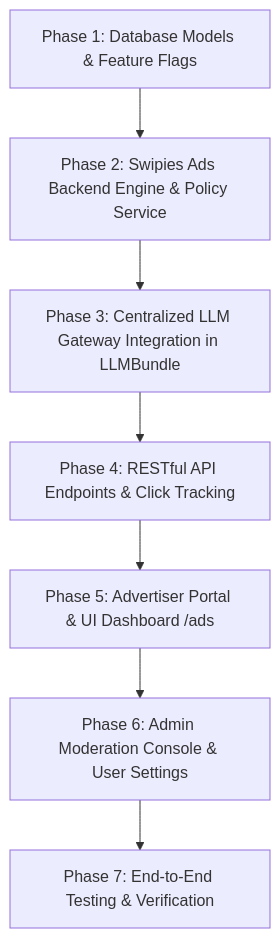
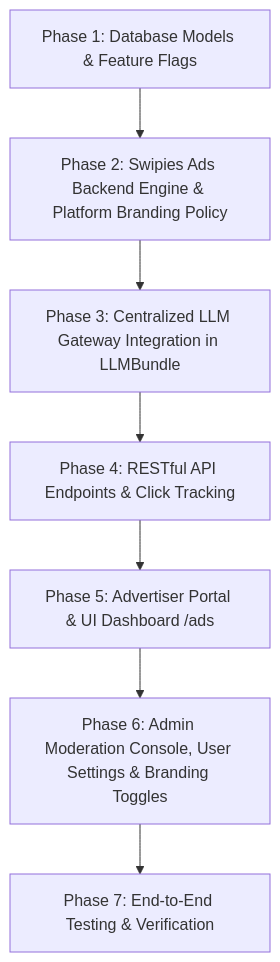
One commit to Sardorr555/swipies__ai_ changed the diagram in specs/002-subscription-ad-prompt-management/plan.md. Above: the diagram before and after it, drawn with Mermaid. The commit also changed other lines of this file and 1 other file, not shown here.

Commit message:
docs(spec & plan): add Swipies platform attribution and white-label subscription perk roadmap

````diff
--- a/specs/002-subscription-ad-prompt-management/plan.md
+++ b/specs/002-subscription-ad-prompt-management/plan.md
@@ -43,9 +44,9 @@
 ```mermaid
 graph TD
-    Phase1[Phase 1: Database Models & Feature Flags] --> Phase2[Phase 2: Swipies Ads Backend Engine & Policy Service]
+    Phase1[Phase 1: Database Models & Feature Flags] --> Phase2[Phase 2: Swipies Ads Backend Engine & Platform Branding Policy]
     Phase2 --> Phase3[Phase 3: Centralized LLM Gateway Integration in LLMBundle]
     Phase3 --> Phase4[Phase 4: RESTful API Endpoints & Click Tracking]
     Phase4 --> Phase5[Phase 5: Advertiser Portal & UI Dashboard /ads]
-    Phase5 --> Phase6[Phase 6: Admin Moderation Console & User Settings]
+    Phase5 --> Phase6[Phase 6: Admin Moderation Console, User Settings & Branding Toggles]
     Phase6 --> Phase7[Phase 7: End-to-End Testing & Verification]
 ```
````
